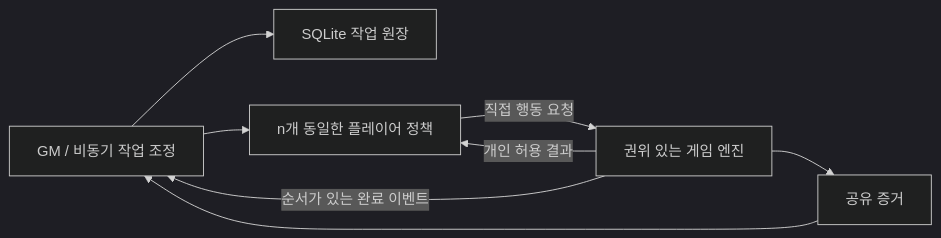
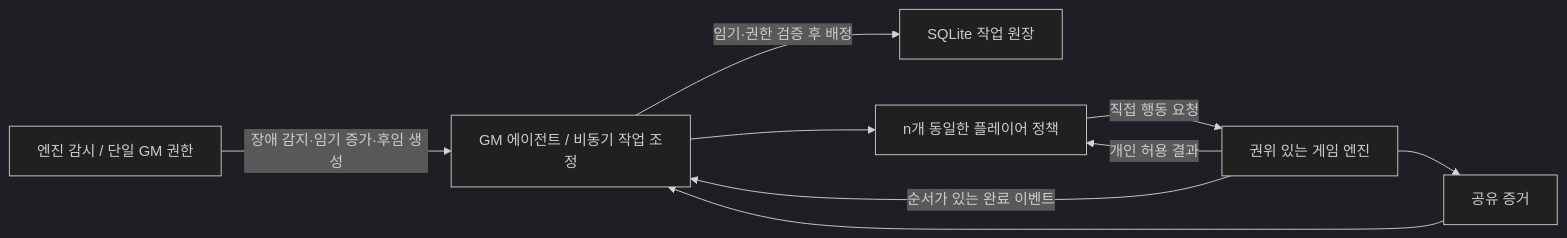
One commit to Gachon-Murder-Mystery/Game-engine changed the diagram in MULTI_AGENT.md. Above: the diagram before and after it, drawn with Mermaid (dark theme). The commit also changed other lines of this file and 10 other files, not shown here.

````diff
--- a/MULTI_AGENT.md
+++ b/MULTI_AGENT.md
@@ -19,10 +19,11 @@
 ```mermaid
 flowchart LR
-    GM[GM / 비동기 작업 조정] --> Ledger[SQLite 작업 원장]
+    Watchdog[엔진 감시 / 단일 GM 권한] -->|장애 감지·임기 증가·후임 생성| GM[GM 에이전트 / 비동기 작업 조정]
+    GM -->|임기·권한 검증 후 배정| Ledger[SQLite 작업 원장]
     GM --> Players[n개 동일한 플레이어 정책]
     Players -->|직접 행동 요청| Engine[권위 있는 게임 엔진]
     Engine -->|개인 허용 결과| Players
     Engine -->|순서가 있는 완료 이벤트| GM
     Engine --> Shared[공유 증거]
     Shared --> GM
 ```
````
